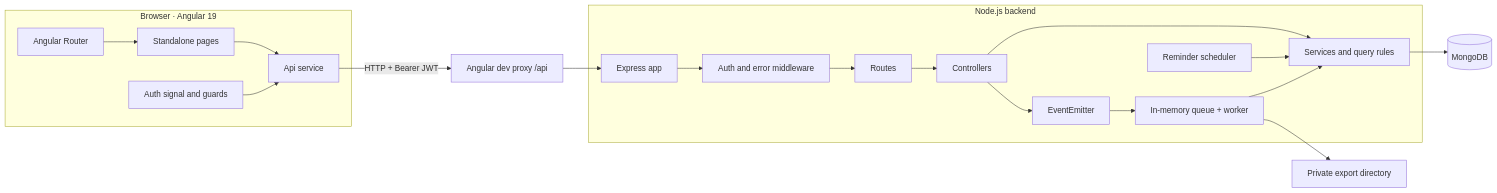
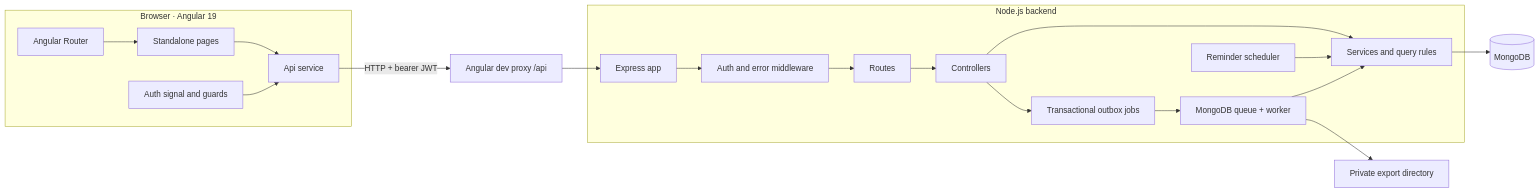
The first of 5 diagrams in docs/ARCHITECTURE.md (GayathriReddy02/TaskManagement), drawn with Mermaid before and after one commit. The commit also changed other lines of this file and 49 other files, not shown here.

````diff
--- a/docs/ARCHITECTURE.md
+++ b/docs/ARCHITECTURE.md
@@ -28,30 +28,30 @@
 ```mermaid
 flowchart LR
     subgraph Client["Browser · Angular 19"]
         Routes[Angular Router]
         Pages[Standalone pages]
         ApiClient[Api service]
         Auth[Auth signal and guards]
         Routes --> Pages
         Pages --> ApiClient
         Auth --> ApiClient
     end
     Proxy[Angular dev proxy /api] --> Express
-    ApiClient -->|HTTP + Bearer JWT| Proxy
+    ApiClient -->|HTTP + bearer JWT| Proxy
     subgraph Server["Node.js backend"]
         Express[Express app]
         Middleware[Auth and error middleware]
         RoutesBackend[Routes]
         Controllers[Controllers]
         Services[Services and query rules]
-        Events[EventEmitter]
-        Queue[In-memory queue + worker]
+        Events[Transactional outbox jobs]
+        Queue[MongoDB queue + worker]
         Scheduler[Reminder scheduler]
         Express --> Middleware --> RoutesBackend --> Controllers --> Services
         Controllers --> Events --> Queue
         Scheduler --> Services
     end
     Services --> Mongo[(MongoDB)]
     Queue --> Services
     Queue --> Exports[Private export directory]
 ```
````
